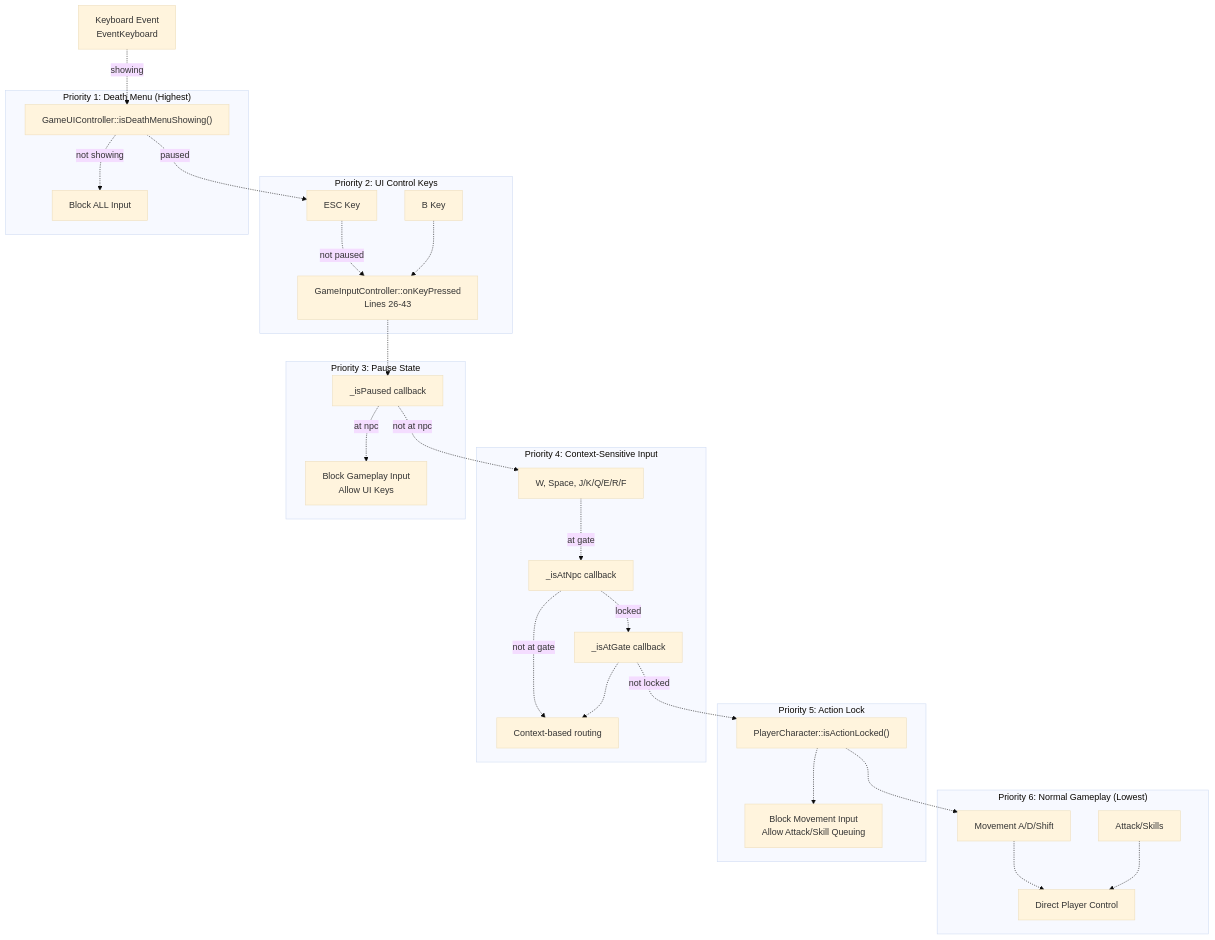
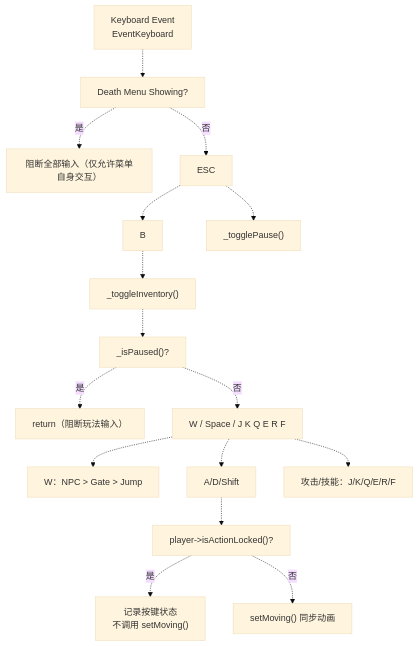
Before and after one commit to lilong555/Adventure-King: the first of 2 diagrams in docs/deekwiki/输入优先级与上下文.md, drawn with Mermaid (base theme). The commit also changed other lines of this file and 54 other files, not shown here.

````diff
--- a/docs/deekwiki/输入优先级与上下文.md
+++ b/docs/deekwiki/输入优先级与上下文.md
@@ -33,73 +31,36 @@
 ```mermaid
 flowchart TD
 
 Input["Keyboard Event<br>EventKeyboard"]
-DeathCheck["GameUIController::isDeathMenuShowing()"]
-DeathBlock["Block ALL Input"]
-EscKey["ESC Key"]
-BKey["B Key"]
-UIHandler["GameInputController::onKeyPressed<br>Lines 26-43"]
-PauseCheck["_isPaused callback"]
-PauseBlock["Block Gameplay Input<br>Allow UI Keys"]
-ContextKeys["W, Space, J/K/Q/E/R/F"]
-NpcCheck["_isAtNpc callback"]
-GateCheck["_isAtGate callback"]
-ContextHandler["Context-based routing"]
-ActionLock["PlayerCharacter::isActionLocked()"]
-LockBlock["Block Movement Input<br>Allow Attack/Skill Queuing"]
-Movement["Movement A/D/Shift"]
-Combat["Attack/Skills"]
-GameplayHandler["Direct Player Control"]
+Death["Death Menu Showing?"]
+BlockAll["阻断全部输入（仅允许菜单自身交互）"]
+Esc["ESC"]
+B["B"]
+PauseToggle["_togglePause()"]
+InvToggle["_toggleInventory()"]
+Paused["_isPaused()?"]
+ReturnEarly["return（阻断玩法输入）"]
+W["W / Space / J K Q E R F"]
+Context["W：NPC > Gate > Jump"]
+MoveKeys["A/D/Shift"]
+ActionLock["player->isActionLocked()?"]
+MoveBlocked["记录按键状态<br>不调用 setMoving()"]
+MoveOK["setMoving() 同步动画"]
+CombatKeys["攻击/技能：J/K/Q/E/R/F"]
 
-Input -.->|"showing"| DeathCheck
-DeathCheck -.->|"paused"| EscKey
-UIHandler -.-> PauseCheck
-PauseCheck -.->|"not at npc"| ContextKeys
-GateCheck -.->|"not locked"| ActionLock
-ActionLock -.-> Movement
-
-subgraph Priority6 ["Priority 6: Normal Gameplay (Lowest)"]
-    Movement
-    Combat
-    GameplayHandler
-    Movement -.-> GameplayHandler
-    Combat -.-> GameplayHandler
-end
-
-subgraph Priority5 ["Priority 5: Action Lock"]
-    ActionLock
-    LockBlock
-    ActionLock -.-> LockBlock
-end
-
-subgraph Priority4 ["Priority 4: Context-Sensitive Input"]
-    ContextKeys
-    NpcCheck
-    GateCheck
-    ContextHandler
-    ContextKeys -.->|"at gate"| NpcCheck
-    NpcCheck -.->|"not at gate"| ContextHandler
-    NpcCheck -.->|"locked"| GateCheck
-    GateCheck -.-> ContextHandler
-end
-
-subgraph Priority3 ["Priority 3: Pause State"]
-    PauseCheck
-    PauseBlock
-    PauseCheck -.->|"at npc"| PauseBlock
-end
-
-subgraph Priority2 ["Priority 2: UI Control Keys"]
-    EscKey
-    BKey
-    UIHandler
-    EscKey -.->|"not paused"| UIHandler
-    BKey -.-> UIHandler
-end
-
-subgraph Priority1 ["Priority 1: Death Menu (Highest)"]
-    DeathCheck
-    DeathBlock
-    DeathCheck -.->|"not showing"| DeathBlock
-end
+Input -.-> Death
+Death -.->|"是"| BlockAll
+Death -.->|"否"| Esc
+Esc -.-> PauseToggle
+Esc -.-> B
+B -.-> InvToggle
+InvToggle -.-> Paused
+Paused -.->|"是"| ReturnEarly
+Paused -.->|"否"| W
+W -.-> Context
+W -.-> MoveKeys
+MoveKeys -.-> ActionLock
+ActionLock -.->|"是"| MoveBlocked
+ActionLock -.->|"否"| MoveOK
+W -.-> CombatKeys
 ```
````
